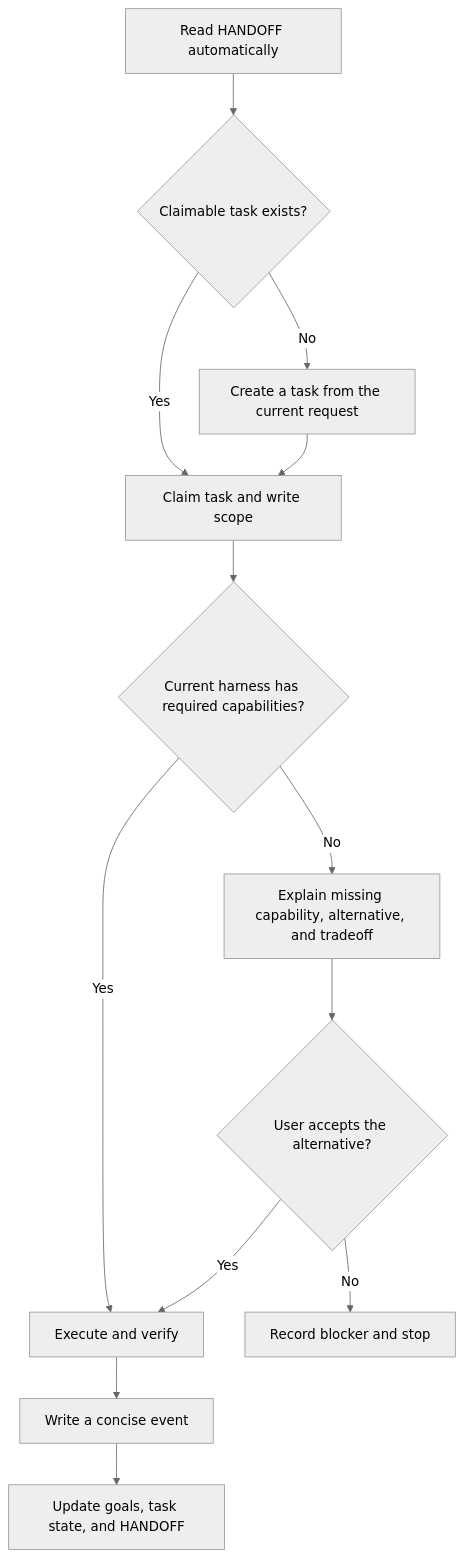
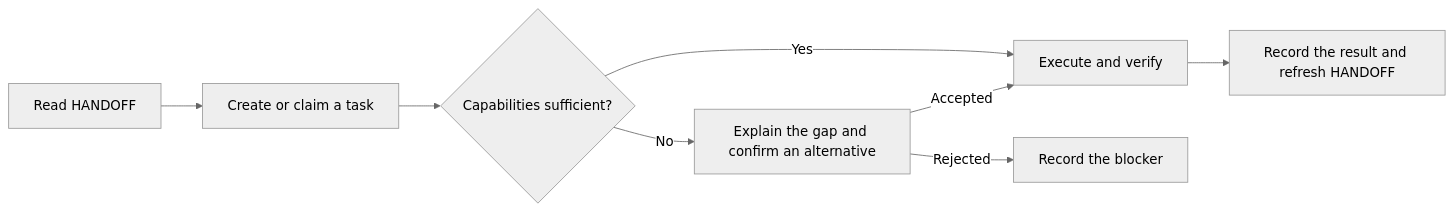
The third of 4 diagrams in README.en.md (chopperH0824/agent-relay), drawn with Mermaid (neutral theme) before and after one commit. The commit also changed 1 other file, not shown here.

Commit message:
docs: simplify README workflow diagrams

````diff
--- a/README.en.md
+++ b/README.en.md
@@ -316,15 +316,10 @@
 ```mermaid
-flowchart TD
-    A[Read HANDOFF automatically] --> B{Claimable task exists?}
-    B -- Yes --> C[Claim task and write scope]
-    B -- No --> D[Create a task from the current request]
-    D --> C
-    C --> E{Current harness has required capabilities?}
-    E -- Yes --> F[Execute and verify]
-    E -- No --> G[Explain missing capability, alternative, and tradeoff]
-    G --> H{User accepts the alternative?}
-    H -- Yes --> F
-    H -- No --> I[Record blocker and stop]
-    F --> J[Write a concise event]
-    J --> K[Update goals, task state, and HANDOFF]
+flowchart LR
+    A[Read HANDOFF] --> B[Create or claim a task]
+    B --> C{Capabilities sufficient?}
+    C -- Yes --> D[Execute and verify]
+    C -- No --> E[Explain the gap and confirm an alternative]
+    E -- Accepted --> D
+    E -- Rejected --> F[Record the blocker]
+    D --> G[Record the result and refresh HANDOFF]
 ```
````
